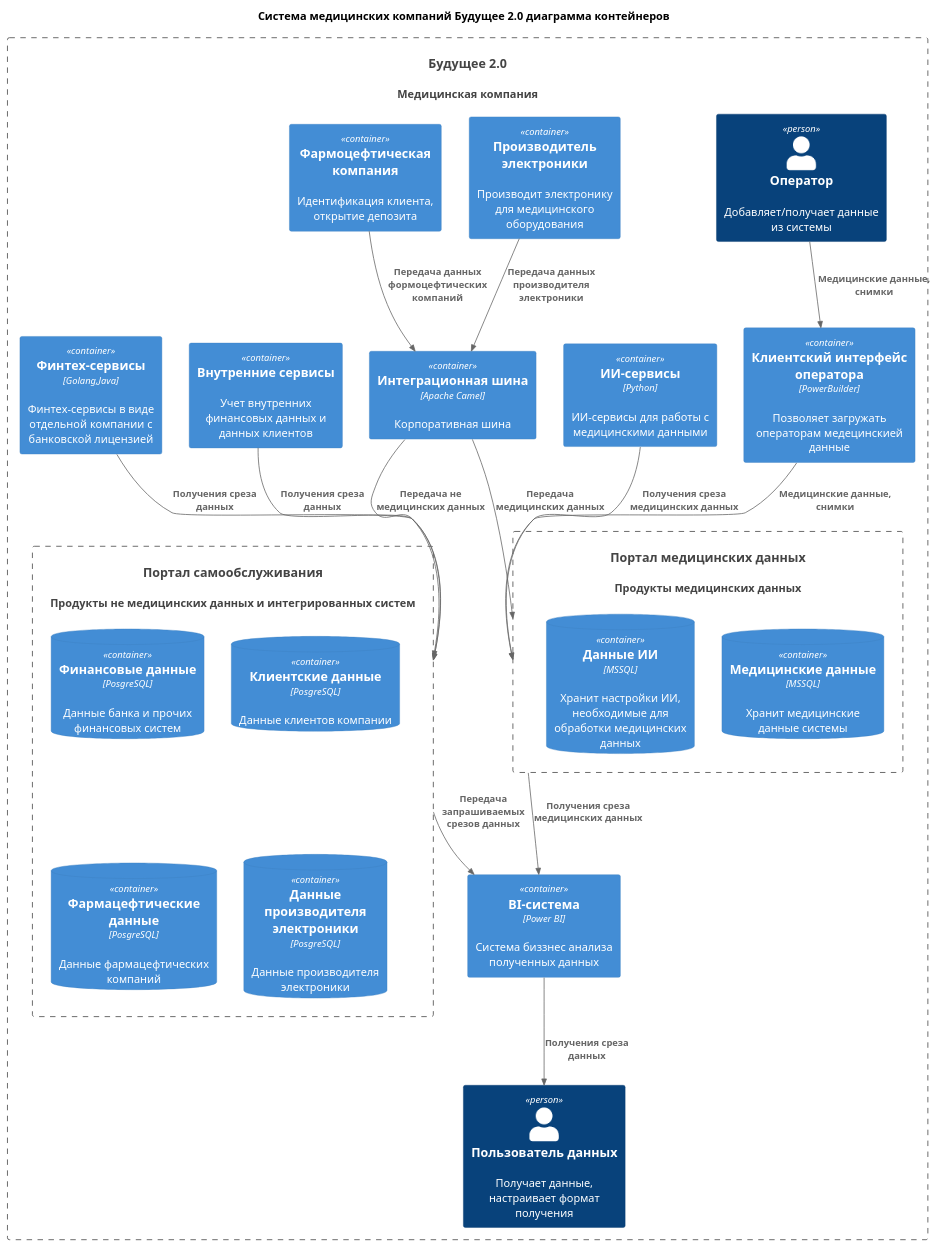
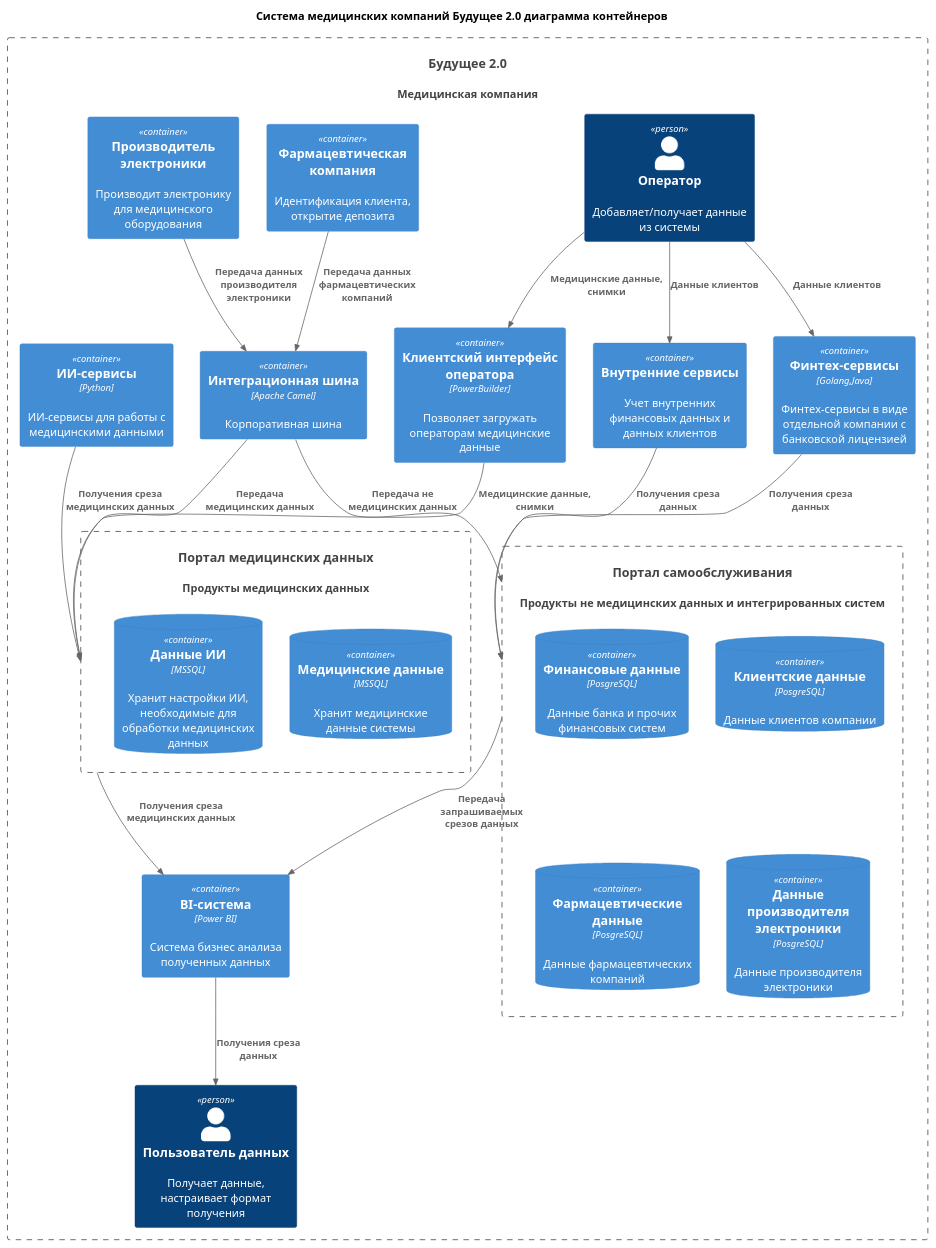
The diagram in Task1/Container_after_year.puml (Rootman78/architecture-future_2_0), drawn with PlantUML before and after one commit. The commit also changed 5 other files, not shown here.

```diff
--- a/Task1/Container_after_year.puml
+++ b/Task1/Container_after_year.puml
@@ -1,60 +1,62 @@
 @startuml
 title Система медицинских компаний Будущее 2.0 диаграмма контейнеров
 
 top to bottom direction
 
 !includeurl https://raw.githubusercontent.com/RicardoNiepel/C4-PlantUML/master/C4_Component.puml
 
 
 
 System(FutureSystem, "Будущее 2.0", "Медицинская компания")
 
 
 Container_Boundary(FutureSystem, "Future System") {
   System(PortalSystem, "Портал самообслуживания", "Продукты не медицинских данных и интегрированных систем")
   System(MedSystem, "Портал медицинских данных", "Продукты медицинских данных")
   Person(Operator, "Оператор", "Добавляет/получает данные из системы")
   Person(User, "Пользователь данных", "Получает данные, настраивает формат получения")
-  Container(OperatorApp, "Клиентский интерфейс оператора", "PowerBuilder", "Позволяет загружать операторам медецинскией данные")
+  Container(OperatorApp, "Клиентский интерфейс оператора", "PowerBuilder", "Позволяет загружать операторам медицинские данные")
 
   Container(MQ, "Интеграционная шина", "Apache Camel", "Корпоративная шина")
-  Container(BI , "BI-система", "Power BI", "Система биззнес анализа полученных данных")
+  Container(BI , "BI-система", "Power BI", "Система бизнес анализа полученных данных")
   Container(AL, "ИИ-сервисы", "Python", "ИИ-сервисы для работы с медицинскими данными")
   Container(Fintex, "Финтех-сервисы", "Golang,Java", "Финтех-сервисы в виде отдельной компании с банковской лицензией")
-  Container(Pharm, "Фармоцефтическая компания", "", "Идентификация клиента, открытие депозита")
+  Container(Pharm, "Фармацевтическая компания", "", "Идентификация клиента, открытие депозита")
 
   Container(Electronic, "Производитель электроники", "", "Производит электронику для медицинского оборудования")
   Container(Internal, "Внутренние сервисы", "", "Учет внутренних финансовых данных и данных клиентов")
    Container_Boundary(MedSystem, "DataMesh") {
    ContainerDb(MedDWH, "Медицинские данные", "MSSQL", "Хранит медицинские данные системы")
    ContainerDb(ALDWH, "Данные ИИ", "MSSQL", "Хранит настройки ИИ, необходимые для обработки медицинских данных")
    }
    Container_Boundary(PortalSystem, "DataMesh") {
    ContainerDb(FinData, "Финансовые данные", "PosgreSQL", "Данные банка и прочих финансовых систем")
    ContainerDb(ClientData, "Клиентские данные", "PosgreSQL", "Данные клиентов компании")
-   ContainerDb(PharmData, "Фармацефтические данные", "PosgreSQL", "Данные фармацефтических компаний")
+   ContainerDb(PharmData, "Фармацевтические данные", "PosgreSQL", "Данные фармацевтических компаний")
    ContainerDb(ElectronicData, "Данные производителя электроники", "PosgreSQL", "Данные производителя электроники")
    }
 
 
 }
 
 
 Rel(Operator, OperatorApp, "Медицинские данные, снимки")
 Rel(OperatorApp, MedSystem, "Медицинские данные, снимки")
+Rel(Operator, Internal, "Данные клиентов")
+Rel(Operator, Fintex, "Данные клиентов")
 Rel(MQ,MedSystem, "Передача медицинских данных")
 Rel(Electronic, MQ, "Передача данных производителя электроники")
-Rel(Pharm, MQ, "Передача данных формоцефтических компаний")
+Rel(Pharm, MQ, "Передача данных фармацевтических компаний")
 Rel(PortalSystem, BI, "Передача запрашиваемых срезов данных")
 Rel(MQ, PortalSystem, "Передача не медицинских данных")
 Rel(MedSystem, BI, "Получения среза медицинских данных")
 Rel(AL, MedSystem, "Получения среза медицинских данных")
 Rel(BI,User , "Получения среза данных")
 Rel(Internal, PortalSystem , "Получения среза данных")
 Rel(Fintex, PortalSystem , "Получения среза данных")
 
 
 
 
 
 @enduml
```
